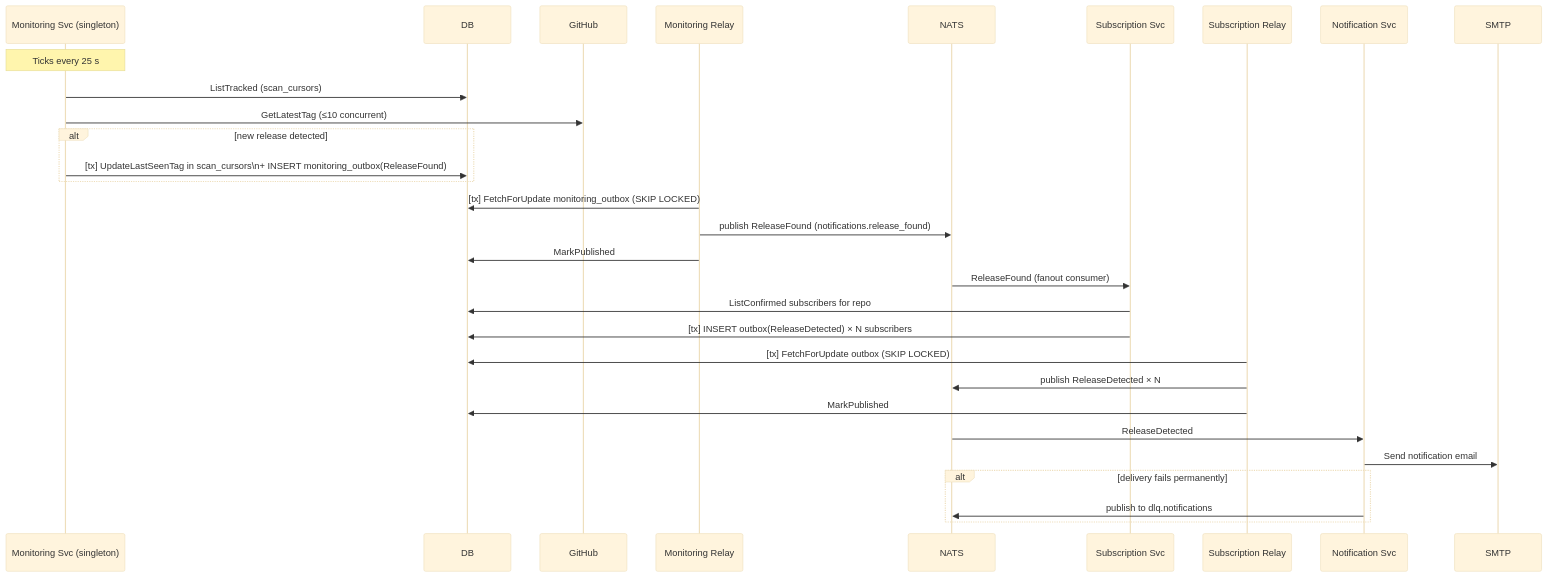
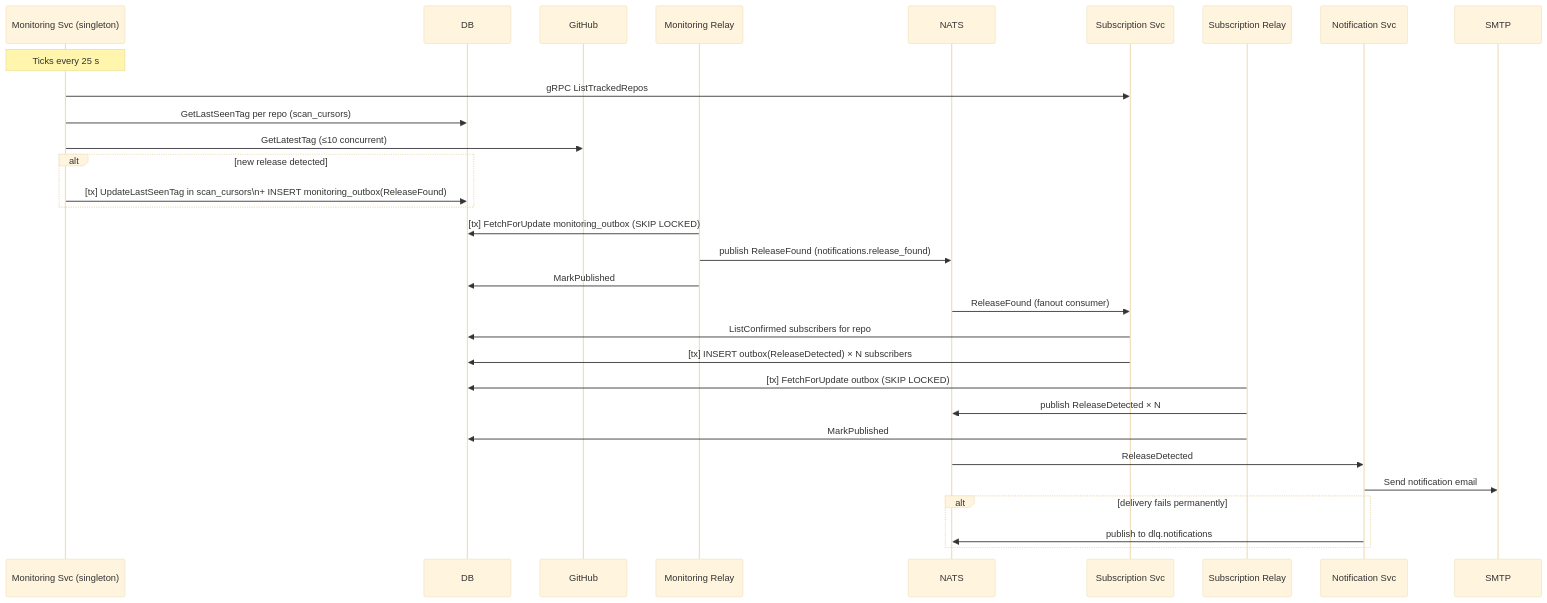
One commit to GenesisEducationKyiv/software-engineering-school-6-0-RodionShapoval5758 changed the fifth of 7 diagrams in docs/SDD.md. Above: the diagram before and after it, drawn with Mermaid (base theme). The commit also changed other lines of this file and 8 other files, not shown here.

````diff
--- a/docs/SDD.md
+++ b/docs/SDD.md
@@ -230,37 +216,38 @@
 ```mermaid
 sequenceDiagram
     participant Mon as Monitoring Svc (singleton)
     participant DB
     participant GitHub
     participant Relay2 as Monitoring Relay
     participant NATS
     participant Sub as Subscription Svc
     participant Relay1 as Subscription Relay
     participant Notif as Notification Svc
     participant SMTP
 
     Note over Mon: Ticks every 25 s
-    Mon->>DB: ListTracked (scan_cursors)
+    Mon->>Sub: gRPC ListTrackedRepos
+    Mon->>DB: GetLastSeenTag per repo (scan_cursors)
     Mon->>GitHub: GetLatestTag (≤10 concurrent)
     alt new release detected
         Mon->>DB: [tx] UpdateLastSeenTag in scan_cursors\n+ INSERT monitoring_outbox(ReleaseFound)
     end
 
     Relay2->>DB: [tx] FetchForUpdate monitoring_outbox (SKIP LOCKED)
     Relay2->>NATS: publish ReleaseFound (notifications.release_found)
     Relay2->>DB: MarkPublished
 
     NATS->>Sub: ReleaseFound (fanout consumer)
     Sub->>DB: ListConfirmed subscribers for repo
     Sub->>DB: [tx] INSERT outbox(ReleaseDetected) × N subscribers
 
     Relay1->>DB: [tx] FetchForUpdate outbox (SKIP LOCKED)
     Relay1->>NATS: publish ReleaseDetected × N
     Relay1->>DB: MarkPublished
 
     NATS->>Notif: ReleaseDetected
     Notif->>SMTP: Send notification email
     alt delivery fails permanently
         Notif->>NATS: publish to dlq.notifications
     end
 ```
````
